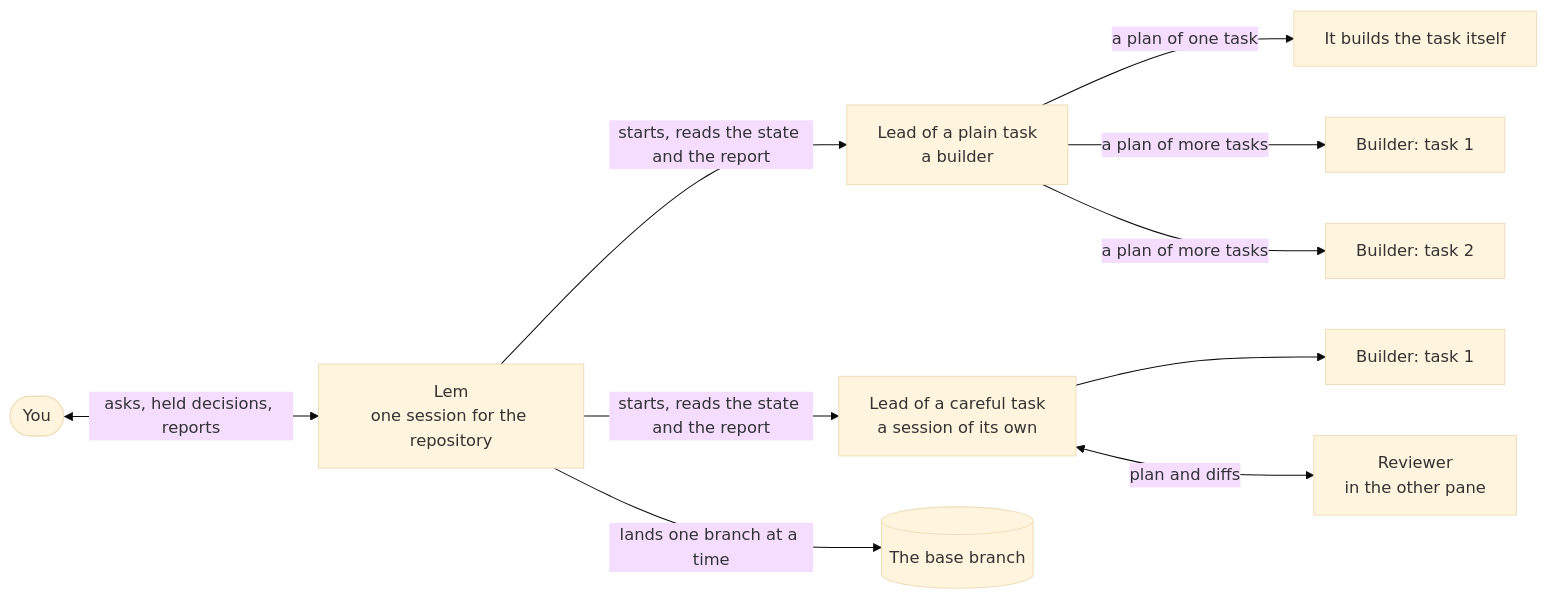
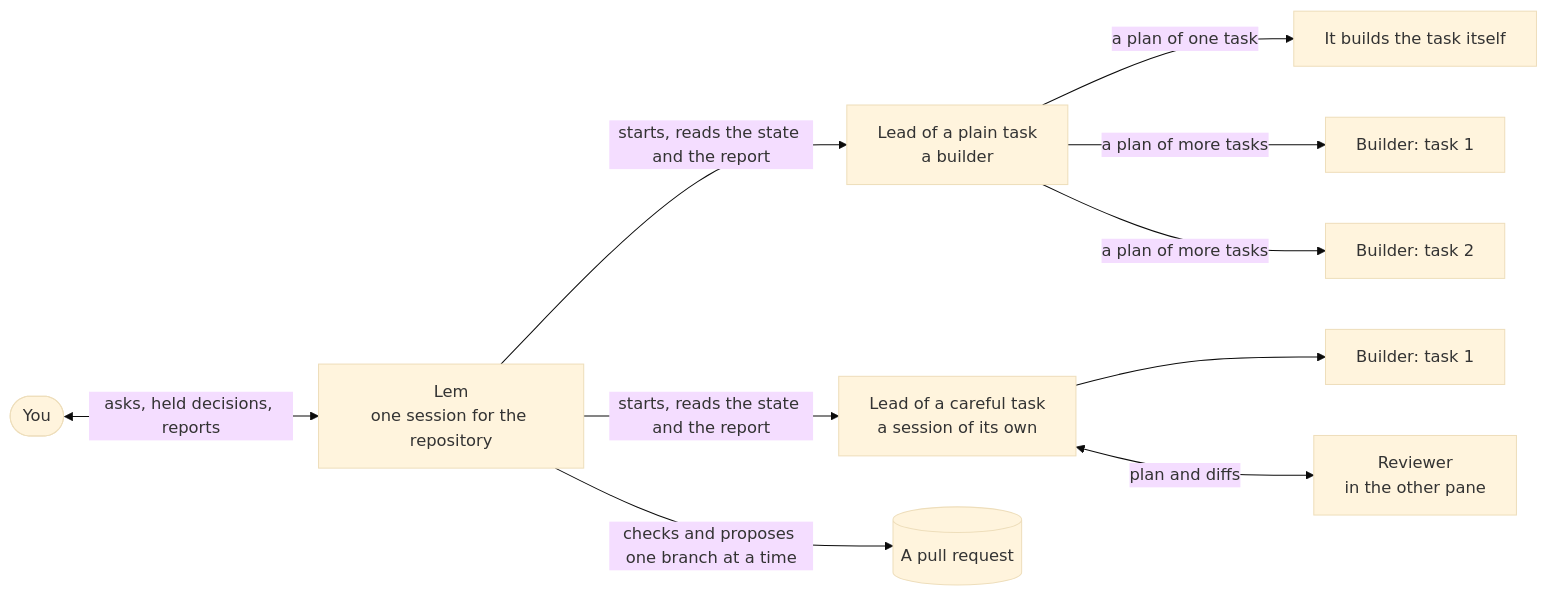
One commit to pySilver/lem changed the second of 3 diagrams in README.md. Above: the diagram before and after it, drawn with Mermaid (base theme). The commit also changed other lines of this file and 11 other files, not shown here.

````diff
--- a/README.md
+++ b/README.md
@@ -180,12 +203,12 @@
 ```mermaid
 flowchart LR
     you([You]) <-- asks, held decisions, reports --> lem[Lem<br/>one session for the repository]
     lem -- starts, reads the state and the report --> leadA[Lead of a plain task<br/>a builder]
     lem -- starts, reads the state and the report --> leadB[Lead of a careful task<br/>a session of its own]
     leadA -- a plan of one task --> self[It builds the task itself]
     leadA -- a plan of more tasks --> b1[Builder: task 1]
     leadA -- a plan of more tasks --> b2[Builder: task 2]
     leadB --> b3[Builder: task 1]
     leadB <-- plan and diffs --> rev[Reviewer<br/>in the other pane]
-    lem -- lands one branch at a time --> basebranch[(The base branch)]
+    lem -- checks and proposes one branch at a time --> pr[(A pull request)]
 ```
````
